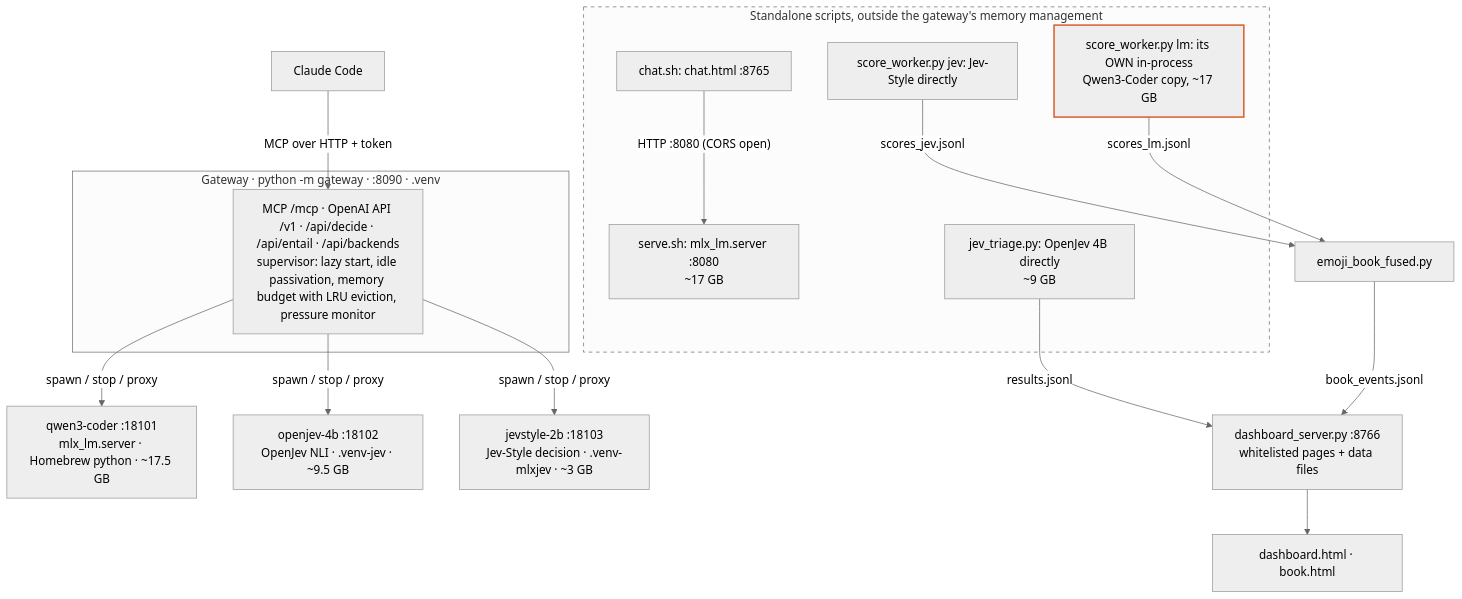
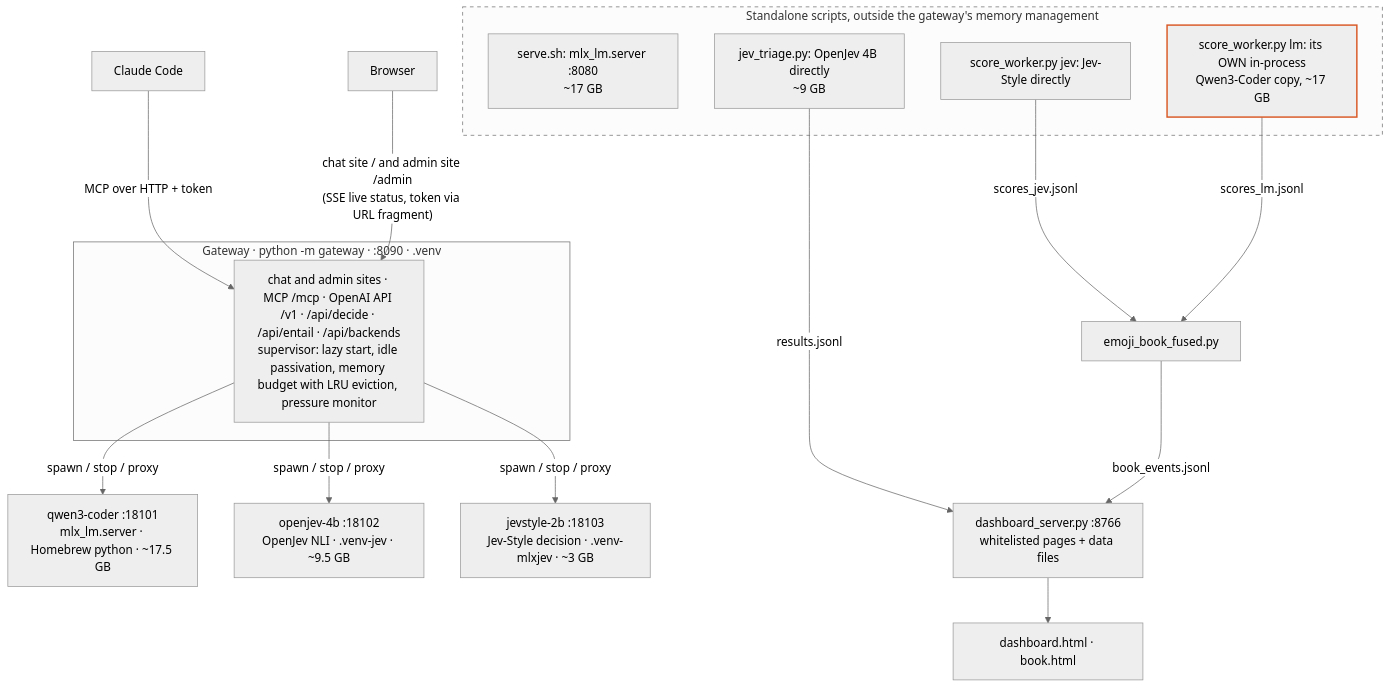
The first of 4 diagrams in README.md (retronym/mlx-lm-setup), drawn with Mermaid (neutral theme) before and after one commit. The commit also changed other lines of this file and 1 other file, not shown here.

Commit message:
Docs: phase 5 findings, sites and admin command, architecture diagram with browser clients

````diff
--- a/README.md
+++ b/README.md
@@ -24,27 +24,26 @@
 ```mermaid
 flowchart TB
   CC["Claude Code"] -- "MCP over HTTP + token" --> GW
+  BR["Browser"] -- "chat site / and admin site /admin<br/>(SSE live status, token via URL fragment)" --> GW
   subgraph gw ["Gateway · python -m gateway · :8090 · .venv"]
-    GW["MCP /mcp · OpenAI API /v1 · /api/decide · /api/entail · /api/backends<br/>supervisor: lazy start, idle passivation, memory budget with LRU eviction, pressure monitor"]
+    GW["chat and admin sites · MCP /mcp · OpenAI API /v1 · /api/decide · /api/entail · /api/backends<br/>supervisor: lazy start, idle passivation, memory budget with LRU eviction, pressure monitor"]
   end
   GW -- "spawn / stop / proxy" --> Q["qwen3-coder :18101<br/>mlx_lm.server · Homebrew python · ~17.5 GB"]
   GW -- "spawn / stop / proxy" --> O["openjev-4b :18102<br/>OpenJev NLI · .venv-jev · ~9.5 GB"]
   GW -- "spawn / stop / proxy" --> J["jevstyle-2b :18103<br/>Jev-Style decision · .venv-mlxjev · ~3 GB"]
   subgraph direct ["Standalone scripts, outside the gateway's memory management"]
     SRV["serve.sh: mlx_lm.server :8080<br/>~17 GB"]
-    CHAT["chat.sh: chat.html :8765"]
     TRI["jev_triage.py: OpenJev 4B directly<br/>~9 GB"]
     JW["score_worker.py jev: Jev-Style directly"]
     LW["score_worker.py lm: its OWN in-process<br/>Qwen3-Coder copy, ~17 GB"]
   end
-  CHAT -- "HTTP :8080 (CORS open)" --> SRV
   DASH["dashboard_server.py :8766<br/>whitelisted pages + data files"]
   TRI -- "results.jsonl" --> DASH
   JW -- "scores_jev.jsonl" --> FUS["emoji_book_fused.py"]
   LW -- "scores_lm.jsonl" --> FUS
   FUS -- "book_events.jsonl" --> DASH
   DASH --> PAGES["dashboard.html · book.html"]
   style direct stroke-dasharray: 5 5
   classDef warn stroke:#d95926,stroke-width:2px;
   class LW warn;
 ```
````
